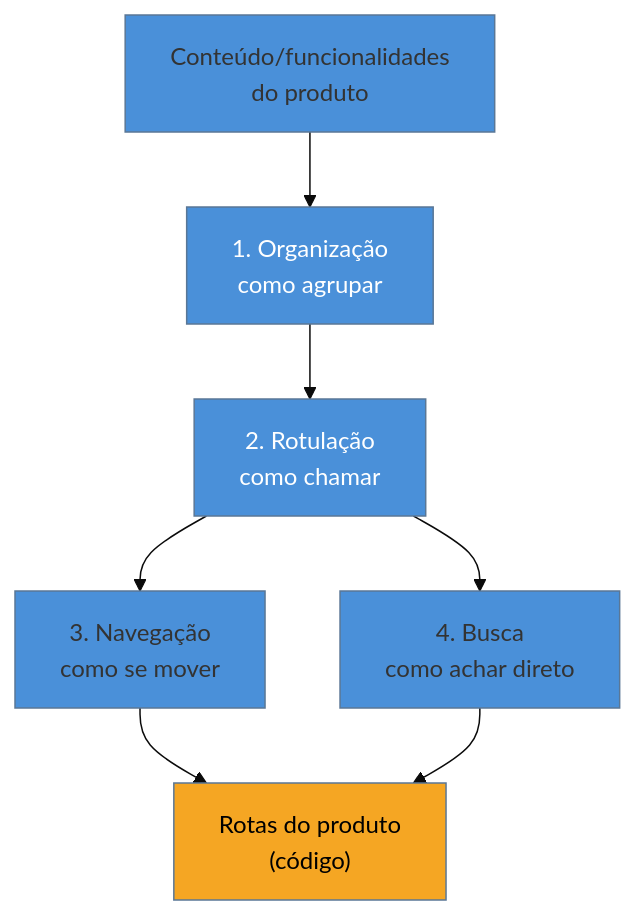
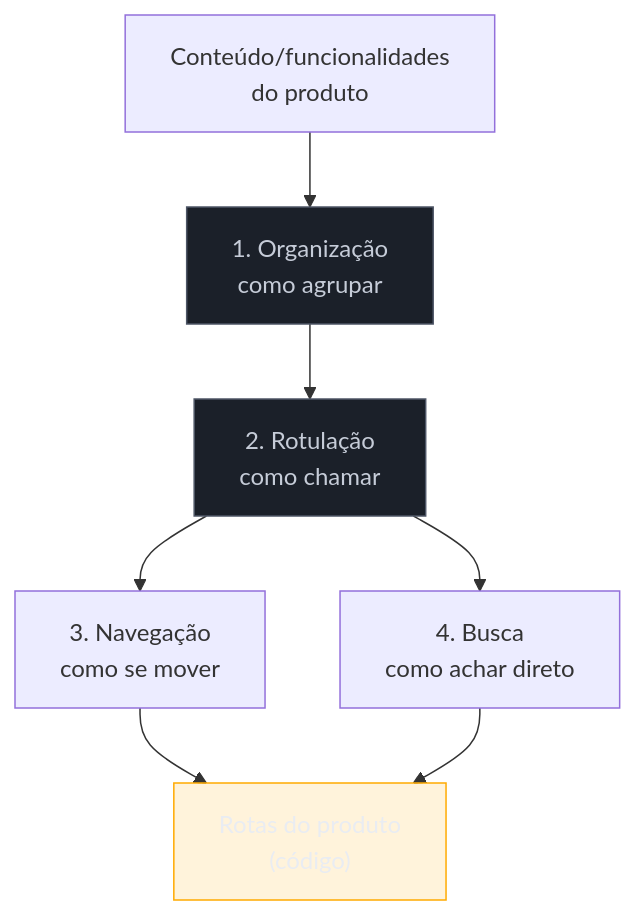
Before and after one commit to josenaldo/codex-technomanticus: the diagram in 03-Dominios/Engenharia/UX/Arquitetura de Informação/15 - Os 4 sistemas da AI.md, drawn with Mermaid. The commit also changed 1181 other files, not shown here.

First line of the commit message:
fix(diagramas): paleta do sistema no lugar de cor cravada no markdown

````diff
--- a/03-Dominios/Engenharia/UX/Arquitetura de Informação/15 - Os 4 sistemas da AI.md
+++ b/03-Dominios/Engenharia/UX/Arquitetura de Informação/15 - Os 4 sistemas da AI.md
@@ -33,13 +33,14 @@
 ```mermaid
-%%{init: {"theme": "base", "themeVariables": {"primaryColor": "#4A90D9"}}}%%
 graph TD
+    classDef neutro fill:#1B2029,stroke:#4E5666,color:#C6CCD8
+    classDef destaque fill:#FFAA0024,stroke:#FFAA00,color:#E9ECF2
     C["Conteúdo/funcionalidades<br/>do produto"] --> O["1. Organização<br/>como agrupar"]
     O --> L["2. Rotulação<br/>como chamar"]
     L --> N["3. Navegação<br/>como se mover"]
     L --> S["4. Busca<br/>como achar direto"]
     N --> R["Rotas do produto<br/>(código)"]
     S --> R
-    style O fill:#4A90D9,color:#fff
-    style L fill:#4A90D9,color:#fff
-    style R fill:#F5A623,color:#000
+    class O neutro
+    class L neutro
+    class R destaque
 ```
````
